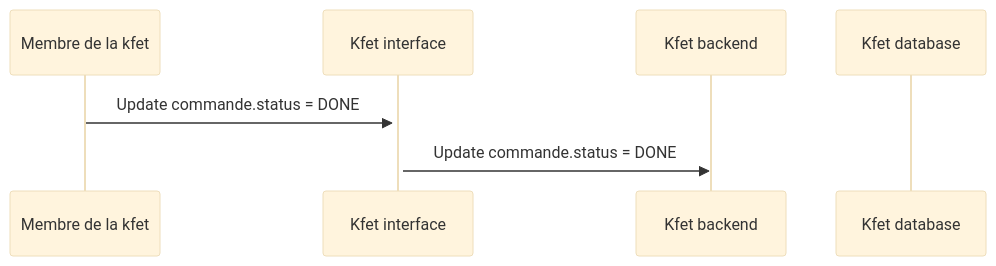
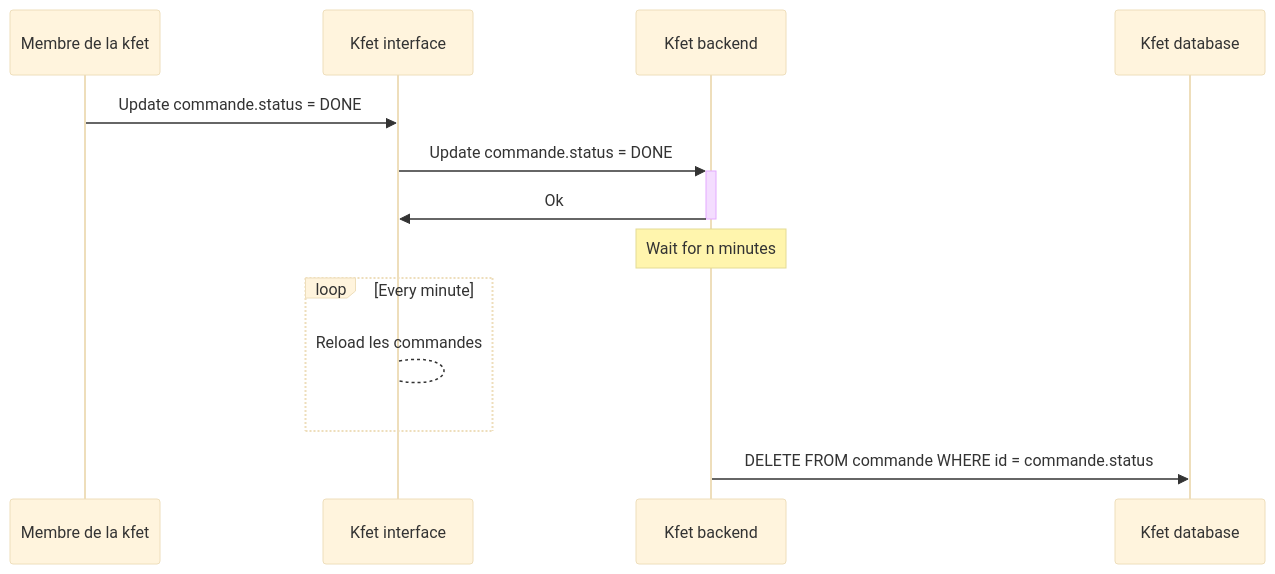
Before and after one commit to polytech-dijon/kfet: the first of 2 diagrams in README.md, drawn with Mermaid (base theme). The commit also changed other lines of this file, not shown here.

````diff
--- a/README.md
+++ b/README.md
@@ -71,12 +70,15 @@
 ```mermaid
-
 sequenceDiagram
     participant M as Membre de la kfet
     participant I as Kfet interface
     participant B as Kfet backend
     participant D as Kfet database
-    M->>+I: Update commande.status = DONE
-    I->>B: Update commande.status = DONE
-
-
+    M->>I: Update commande.status = DONE
+    I->>+B: Update commande.status = DONE
+    B->>-I: Ok
+    Note over B: Wait for n minutes
+    loop Every minute
+        I-->I: Reload les commandes
+    end
+    B->>D: DELETE FROM commande WHERE id = commande.status;
 ```
````
